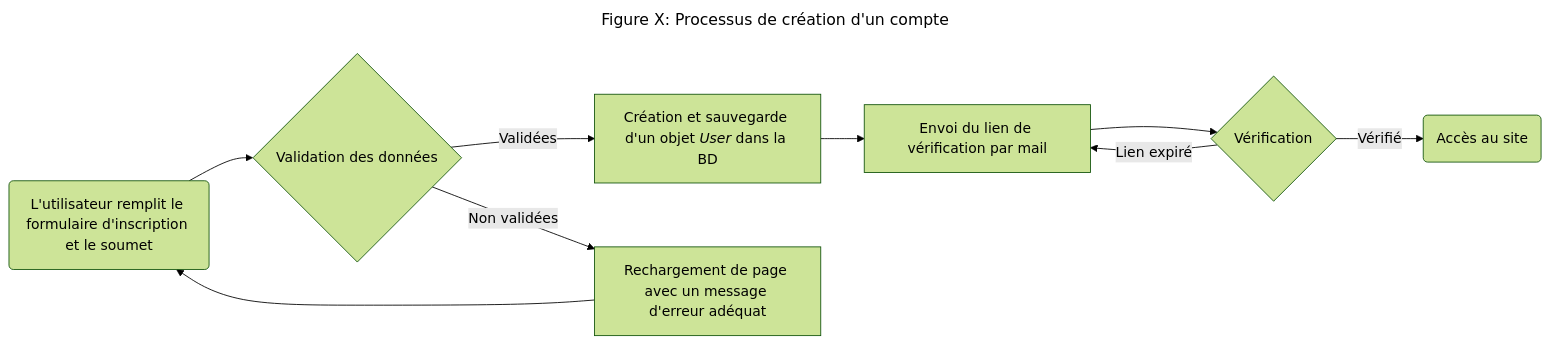
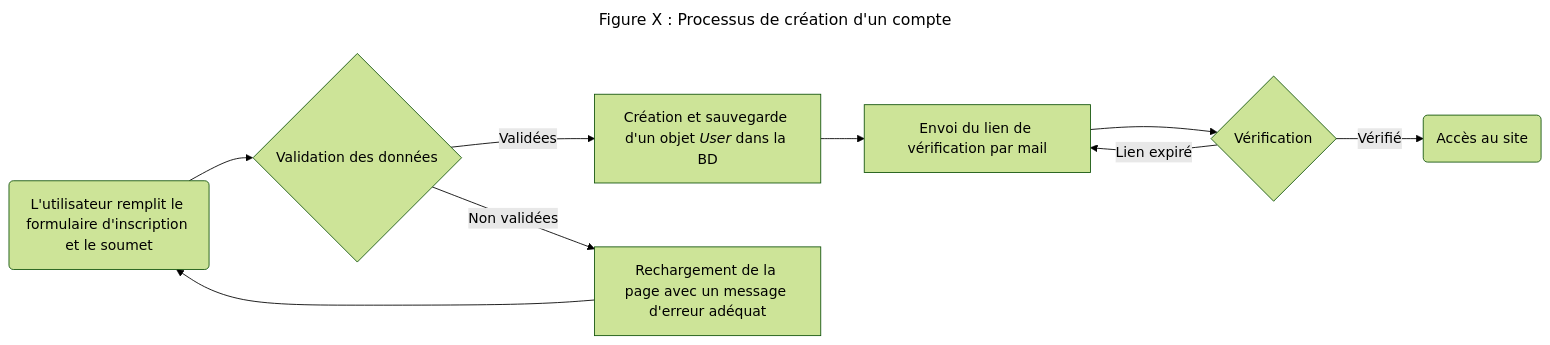
One commit to Zbebz/caverne-dAli-baba changed the third of 3 diagrams in rapport.md. Above: the diagram before and after it, drawn with Mermaid (forest theme). The commit also changed other lines of this file, not shown here.

````diff
--- a/rapport.md
+++ b/rapport.md
@@ -301,9 +310,9 @@
 ```mermaid
 ---
-title: "Figure X: Processus de création d'un compte"
+title: "Figure X : Processus de création d'un compte"
 ---
 flowchart LR
 id1(L'utilisateur remplit le formulaire d'inscription et le soumet)-->id2{Validation des données}-->|Validées|id3["`Création et sauvegarde d'un objet *User* dans la BD`"]-->id4[Envoi du lien de vérification par mail]-->id5{Vérification}-->|Vérifié|id6(Accès au site)
-id2-->|Non validées|id7[Rechargement de page avec un message d'erreur adéquat]-->id1
+id2-->|Non validées|id7[Rechargement de la page avec un message d'erreur adéquat]-->id1
 id5-->|Lien expiré|id4
 ```
````
